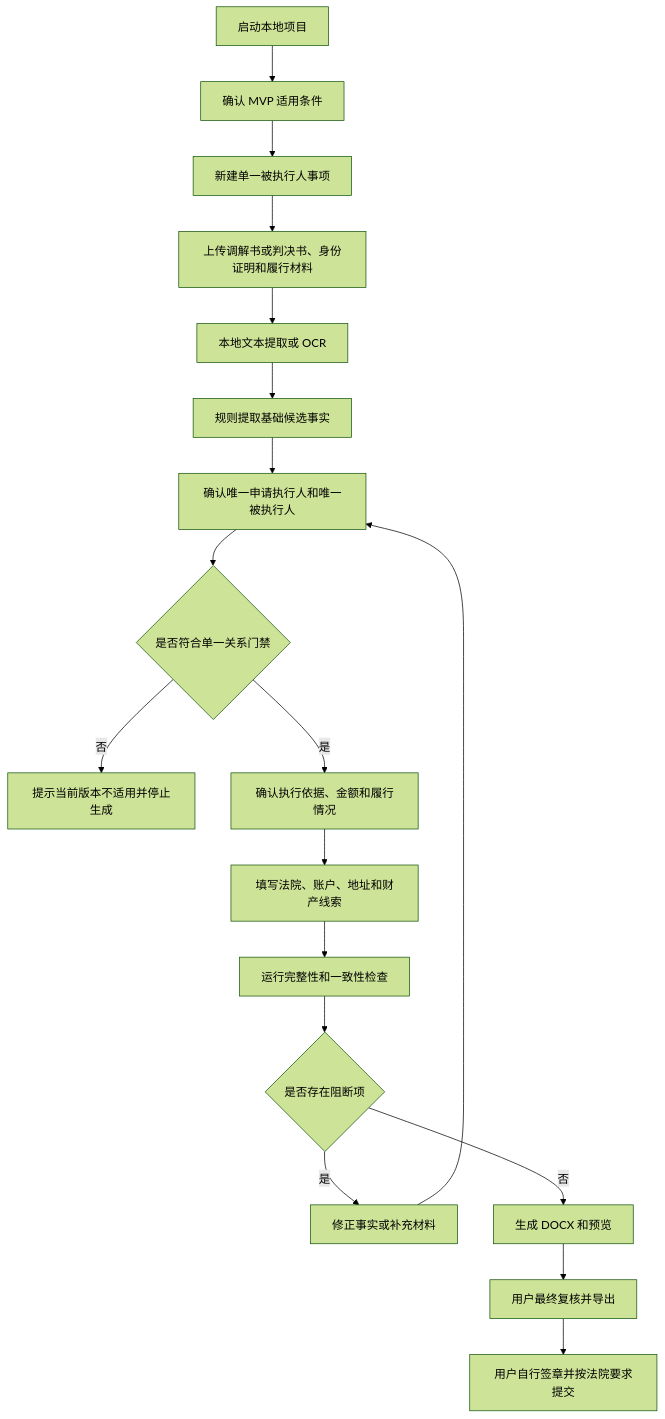
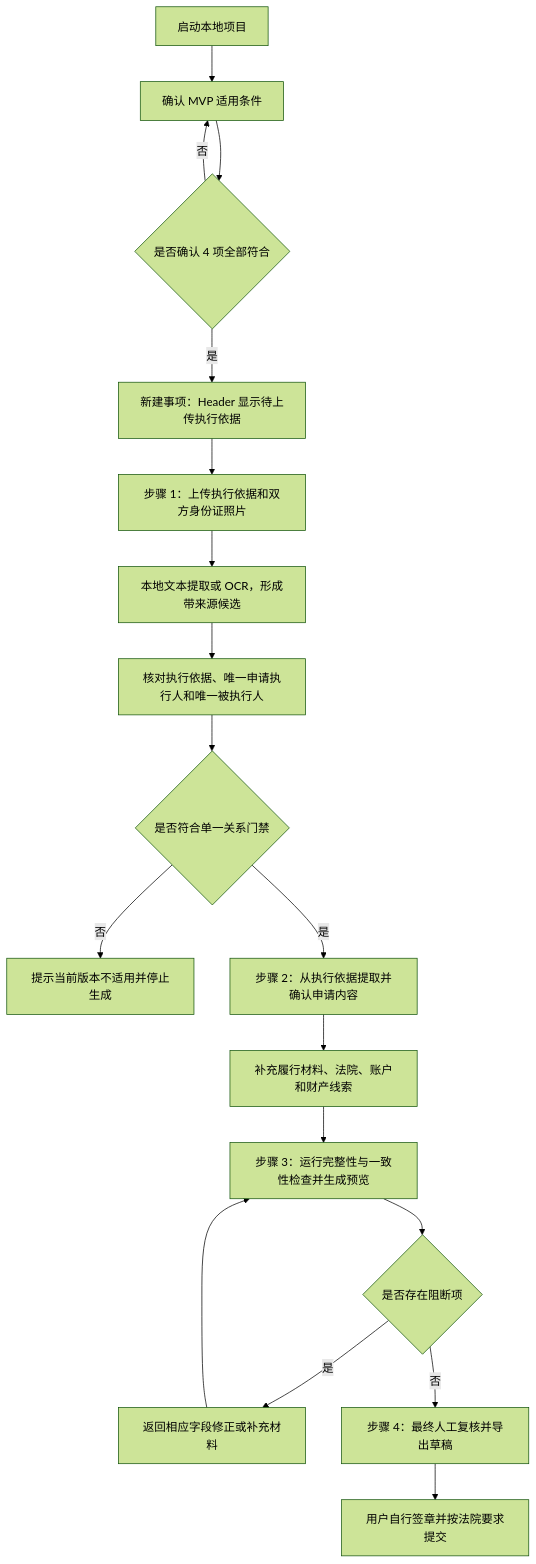
The diagram in outputs/产品方案_全国版强制执行材料生成助手.md (LanShiLiang/CaseFilingAssistant), drawn with Mermaid (forest theme) before and after one commit. The commit also changed other lines of this file and 14 other files, not shown here.

Commit message:
docs: align MVP plans and engineering architecture

````diff
--- a/outputs/产品方案_全国版强制执行材料生成助手.md
+++ b/outputs/产品方案_全国版强制执行材料生成助手.md
@@ -116,20 +124,20 @@
 ```mermaid
 flowchart TD
   A["启动本地项目"] --> B["确认 MVP 适用条件"]
-  B --> C["新建单一被执行人事项"]
-  C --> D["上传调解书或判决书、身份证明和履行材料"]
-  D --> E["本地文本提取或 OCR"]
-  E --> F["规则提取基础候选事实"]
-  F --> G["确认唯一申请执行人和唯一被执行人"]
+  B --> C{"是否确认 4 项全部符合"}
+  C -- "否" --> B
+  C -- "是" --> D["新建事项：Header 显示待上传执行依据"]
+  D --> E["步骤 1：上传执行依据和双方身份证照片"]
+  E --> F["本地文本提取或 OCR，形成带来源候选"]
+  F --> G["核对执行依据、唯一申请执行人和唯一被执行人"]
   G --> H{"是否符合单一关系门禁"}
   H -- "否" --> I["提示当前版本不适用并停止生成"]
-  H -- "是" --> J["确认执行依据、金额和履行情况"]
-  J --> K["填写法院、账户、地址和财产线索"]
-  K --> L["运行完整性和一致性检查"]
+  H -- "是" --> J["步骤 2：从执行依据提取并确认申请内容"]
+  J --> K["补充履行材料、法院、账户和财产线索"]
+  K --> L["步骤 3：运行完整性与一致性检查并生成预览"]
   L --> M{"是否存在阻断项"}
-  M -- "是" --> N["修正事实或补充材料"]
-  N --> G
-  M -- "否" --> O["生成 DOCX 和预览"]
-  O --> P["用户最终复核并导出"]
-  P --> Q["用户自行签章并按法院要求提交"]
+  M -- "是" --> N["返回相应字段修正或补充材料"]
+  N --> L
+  M -- "否" --> O["步骤 4：最终人工复核并导出草稿"]
+  O --> P["用户自行签章并按法院要求提交"]
 ```
````
